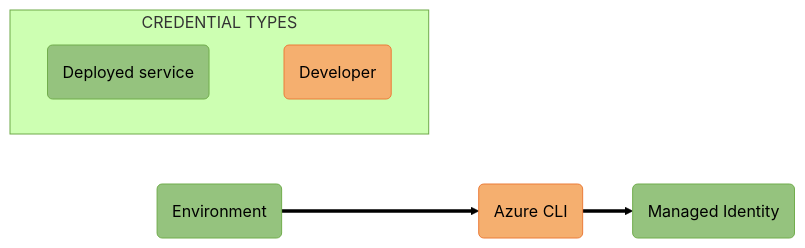
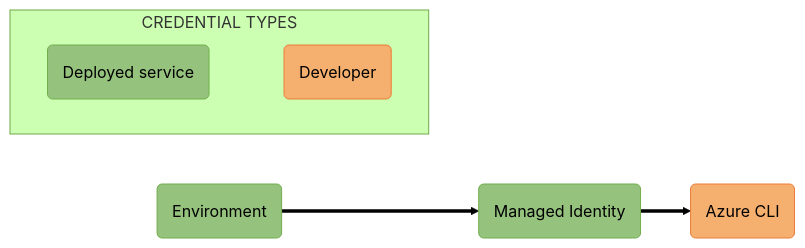
Before and after one commit to Azure/azure-sdk-for-cpp: the diagram in sdk/identity/azure-identity/img/mermaidjs/DefaultAzureCredentialAuthFlow.md, drawn with Mermaid (forest theme). The commit also changed 5 other files, not shown here.

````diff
--- a/sdk/identity/azure-identity/img/mermaidjs/DefaultAzureCredentialAuthFlow.md
+++ b/sdk/identity/azure-identity/img/mermaidjs/DefaultAzureCredentialAuthFlow.md
@@ -1,19 +1,19 @@
 ```mermaid
 %% STEPS TO GENERATE IMAGE
 %% =======================
 %% 1. Install mermaid CLI (see https://github.com/mermaid-js/mermaid-cli/blob/master/README.md)
 %%    v10.0.2 is known good for our process. npm install -g @mermaid-js/mermaid-cli@10.0.2
 %% 2. Run command: mmdc -i DefaultAzureCredentialAuthFlow.md -o DefaultAzureCredentialAuthFlow.svg
 
 flowchart LR;
-    A(Environment):::deployed ==> B(Azure CLI):::developer ==> C(Managed Identity):::deployed;
+    A(Environment):::deployed ==> B(Managed Identity):::deployed ==> C(Azure CLI):::developer;
 
     subgraph CREDENTIAL TYPES;
         direction LR;
         Deployed(Deployed service):::deployed ~~~ Developer(Developer):::developer;
     end;
 
     %% Define styles for credential type boxes
     classDef deployed fill:#95C37E, stroke:#71AD4C;
     classDef developer fill:#F5AF6F, stroke:#EB7C39;
 ```
````
